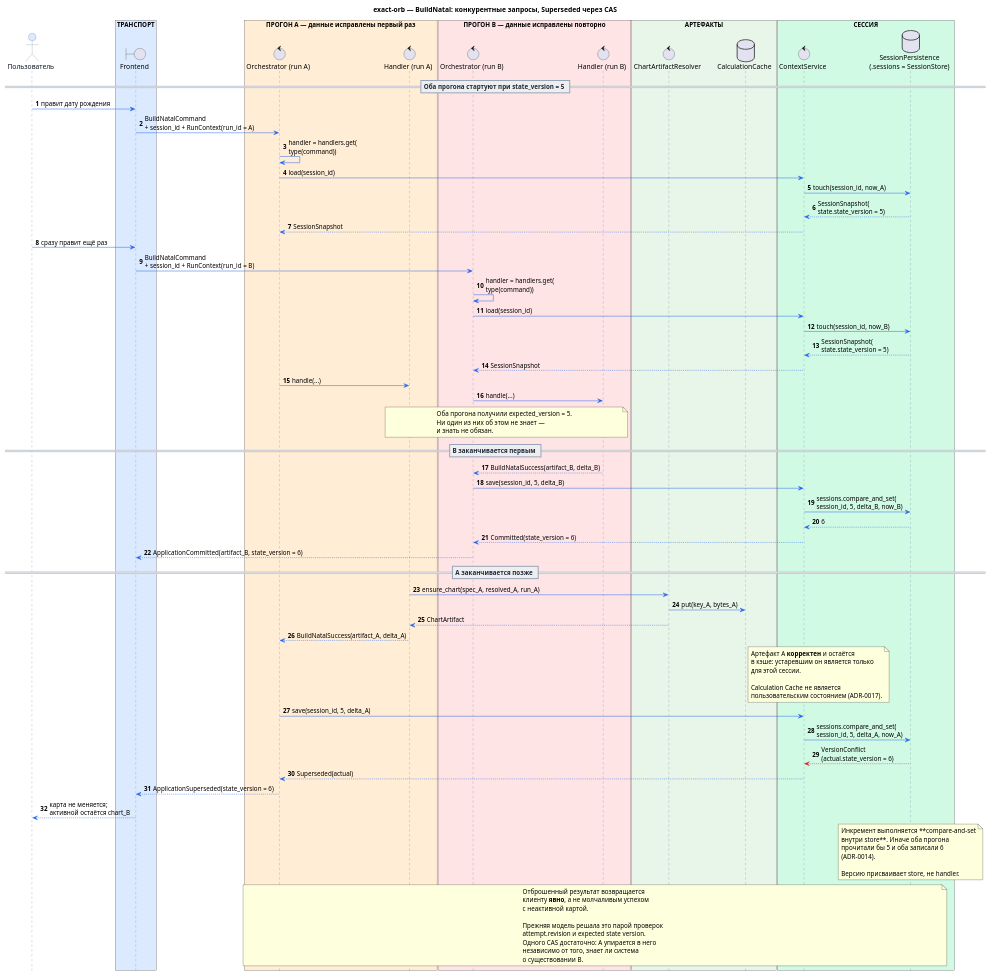
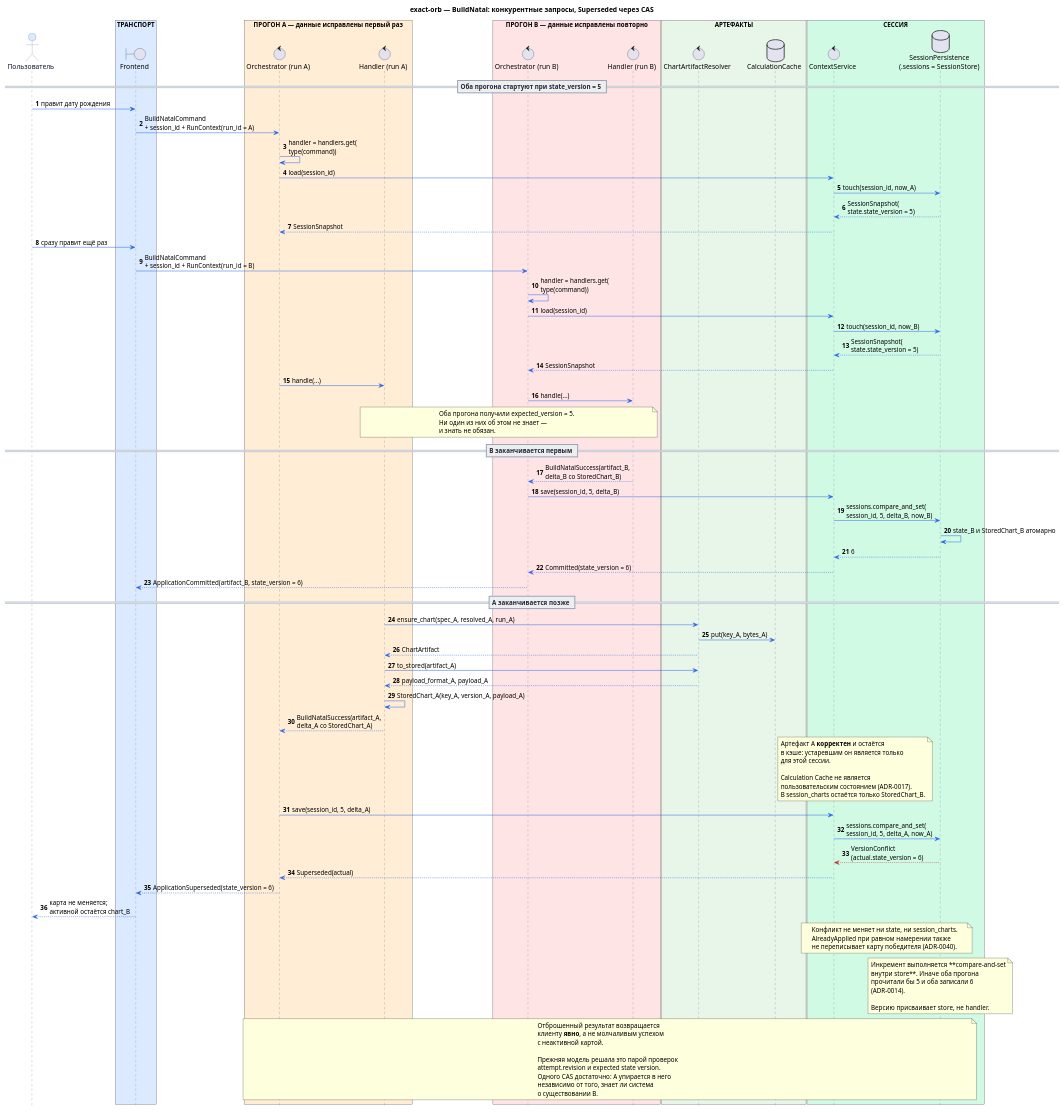
The diagram in docs/sequence_diagrams/build_natal/006-build_natal_superseded_cas.puml (ksenia-baranova/exact-orb-demo), drawn with PlantUML before and after one commit. The commit also changed 29 other files, not shown here.

Commit message:
docs: update architecture diagrams, overview, and scenarios

```diff
--- a/docs/sequence_diagrams/build_natal/006-build_natal_superseded_cas.puml
+++ b/docs/sequence_diagrams/build_natal/006-build_natal_superseded_cas.puml
@@ -1,148 +1,160 @@
 @startuml
 title exact-orb — BuildNatal: конкурентные запросы, Superseded через CAS
 
 ' Замена правилу latest accepted build wins из прежней модели.
 ' BuildAttempt и build_revision не используются (ADR-0012).
 
 autonumber
 hide footbox
 
 skinparam shadowing false
 skinparam responseMessageBelowArrow true
 
 skinparam sequence {
     ArrowColor #2563EB
     LifeLineBorderColor #64748B
     LifeLineBackgroundColor #FFFFFF
 
     ParticipantBorderColor #64748B
     ParticipantFontColor #0F172A
     ParticipantBackgroundColor #F8FAFC
 
     ActorBorderColor #64748B
     ActorFontColor #0F172A
     ActorBackgroundColor #DBEAFE
 
     GroupBorderColor #94A3B8
     GroupHeaderFontColor #1E293B
 
     DividerBorderColor #94A3B8
     DividerFontColor #1E293B
 
     NoteBorderColor #94A3B8
     NoteBackgroundColor #FFFBEA
     NoteFontColor #334155
 }
 
 actor "Пользователь" as User
 
 box "ТРАНСПОРТ" #DBEAFE
     boundary "Frontend" as FE
 end box
 
 box "ПРОГОН A — данные исправлены первый раз" #FFEDD5
     control "Orchestrator (run A)" as OrchA
     control "Handler (run A)" as HandlerA
 end box
 
 box "ПРОГОН B — данные исправлены повторно" #FFE4E6
     control "Orchestrator (run B)" as OrchB
     control "Handler (run B)" as HandlerB
 end box
 
 box "АРТЕФАКТЫ" #E8F5E9
     control "ChartArtifactResolver" as Artifacts
     database "CalculationCache" as Cache
 end box
 
 box "СЕССИЯ" #D1FAE5
     control "ContextService" as Context
     database "SessionPersistence\n(.sessions = SessionStore)" as Store
 end box
 
 
 == Оба прогона стартуют при state_version = 5 ==
 
 User -> FE : правит дату рождения
 FE -> OrchA : BuildNatalCommand\n+ session_id + RunContext(run_id = A)
 OrchA -> OrchA : handler = handlers.get(\ntype(command))
 OrchA -> Context : load(session_id)
 Context -> Store : touch(session_id, now_A)
 Store --> Context : SessionSnapshot(\nstate.state_version = 5)
 Context --> OrchA : SessionSnapshot
 
 User -> FE : сразу правит ещё раз
 FE -> OrchB : BuildNatalCommand\n+ session_id + RunContext(run_id = B)
 OrchB -> OrchB : handler = handlers.get(\ntype(command))
 OrchB -> Context : load(session_id)
 Context -> Store : touch(session_id, now_B)
 Store --> Context : SessionSnapshot(\nstate.state_version = 5)
 Context --> OrchB : SessionSnapshot
 
 OrchA -> HandlerA : handle(...)
 OrchB -> HandlerB : handle(...)
 
 note over HandlerA, HandlerB
 Оба прогона получили expected_version = 5.
 Ни один из них об этом не знает —
 и знать не обязан.
 end note
 
 
 == B заканчивается первым ==
 
-HandlerB --> OrchB : BuildNatalSuccess(artifact_B, delta_B)
+HandlerB --> OrchB : BuildNatalSuccess(artifact_B,\ndelta_B со StoredChart_B)
 OrchB -> Context : save(session_id, 5, delta_B)
 Context -> Store : sessions.compare_and_set(\nsession_id, 5, delta_B, now_B)
+Store -> Store : state_B и StoredChart_B атомарно
 Store --> Context : 6
 Context --> OrchB : Committed(state_version = 6)
 OrchB --> FE : ApplicationCommitted(artifact_B, state_version = 6)
 
 
 == A заканчивается позже ==
 
 HandlerA -> Artifacts : ensure_chart(spec_A, resolved_A, run_A)
 Artifacts -> Cache : put(key_A, bytes_A)
 Artifacts --> HandlerA : ChartArtifact
 
-HandlerA --> OrchA : BuildNatalSuccess(artifact_A, delta_A)
+HandlerA -> Artifacts : to_stored(artifact_A)
+Artifacts --> HandlerA : payload_format_A, payload_A
+HandlerA -> HandlerA : StoredChart_A(key_A, version_A, payload_A)
+
+HandlerA --> OrchA : BuildNatalSuccess(artifact_A,\ndelta_A со StoredChart_A)
 
 note right of Cache
 Артефакт A **корректен** и остаётся
 в кэше: устаревшим он является только
 для этой сессии.
 
 Calculation Cache не является
 пользовательским состоянием (ADR-0017).
+В session_charts остаётся только StoredChart_B.
 end note
 
 OrchA -> Context : save(session_id, 5, delta_A)
 Context -> Store : sessions.compare_and_set(\nsession_id, 5, delta_A, now_A)
 Store -[#C62828]-> Context : VersionConflict\n(actual.state_version = 6)
 Context --> OrchA : Superseded(actual)
 
 OrchA --> FE : ApplicationSuperseded(state_version = 6)
 FE --> User : карта не меняется;\nактивной остаётся chart_B
+
+note over Context, Store
+Конфликт не меняет ни state, ни session_charts.
+AlreadyApplied при равном намерении также
+не переписывает карту победителя (ADR-0040).
+end note
 
 note over Store
 Инкремент выполняется **compare-and-set
 внутри store**. Иначе оба прогона
 прочитали бы 5 и оба записали 6
 (ADR-0014).
 
 Версию присваивает store, не handler.
 end note
 
 note over OrchA, Store
 Отброшенный результат возвращается
 клиенту **явно**, а не молчаливым успехом
 с неактивной картой.
 
 Прежняя модель решала это парой проверок
 attempt.revision и expected state version.
 Одного CAS достаточно: A упирается в него
 независимо от того, знает ли система
 о существовании B.
 end note
 
 @enduml
```
